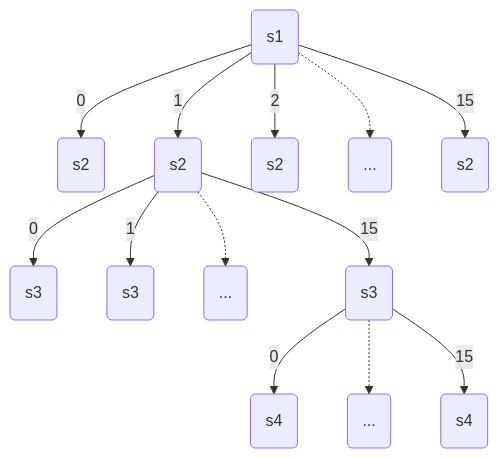
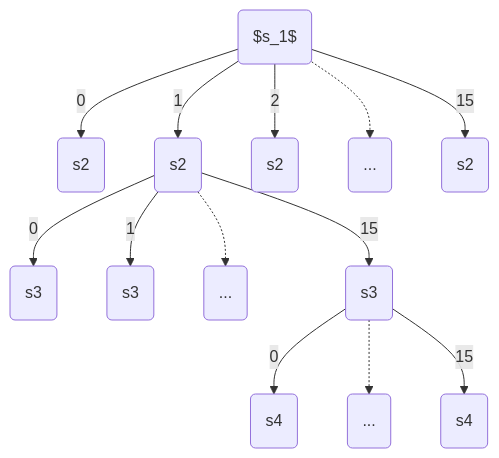
The diagram in content/posts/dice24/dice24_rps_casino.md (Tsumiiiiiiii/Tsumiiiiiiii.github.io), drawn with Mermaid before and after one commit.

```diff
--- a/content/posts/dice24/dice24_rps_casino.md
+++ b/content/posts/dice24/dice24_rps_casino.md
@@ -254,15 +254,15 @@
 {{< mermaid >}}
-graph TD;
-  A(s1) -->|0| B(s2)
+flowchart TD;
+  A($s_1$) -->|0| B(s2)
   A -->|1| C(s2)
   A -->|2| D(s2)
   A -.->  SK1(...)
   A -->|15| F(s2)
   C --> |0| G(s3)
   C --> |1| H(s3)
   C -.->  SK2(...)
   C --> |15| I(s3)
   I --> |0| J(s4)
   I -.-> SK3(...)
   I --> |15| K(s4)
 {{< /mermaid >}}
```
